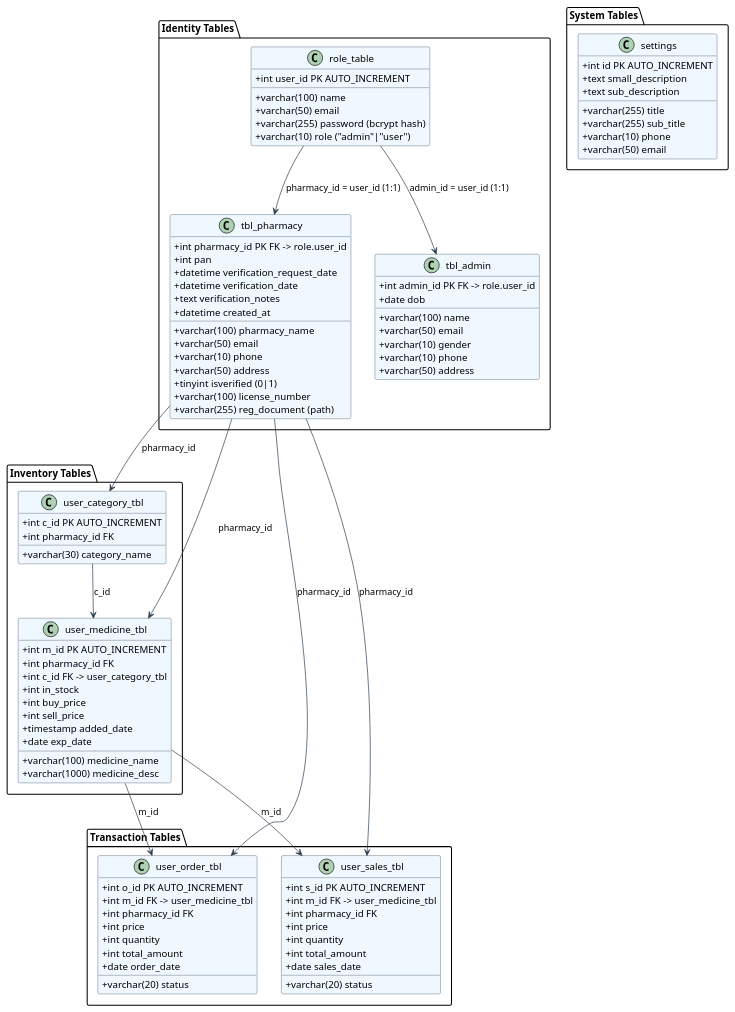
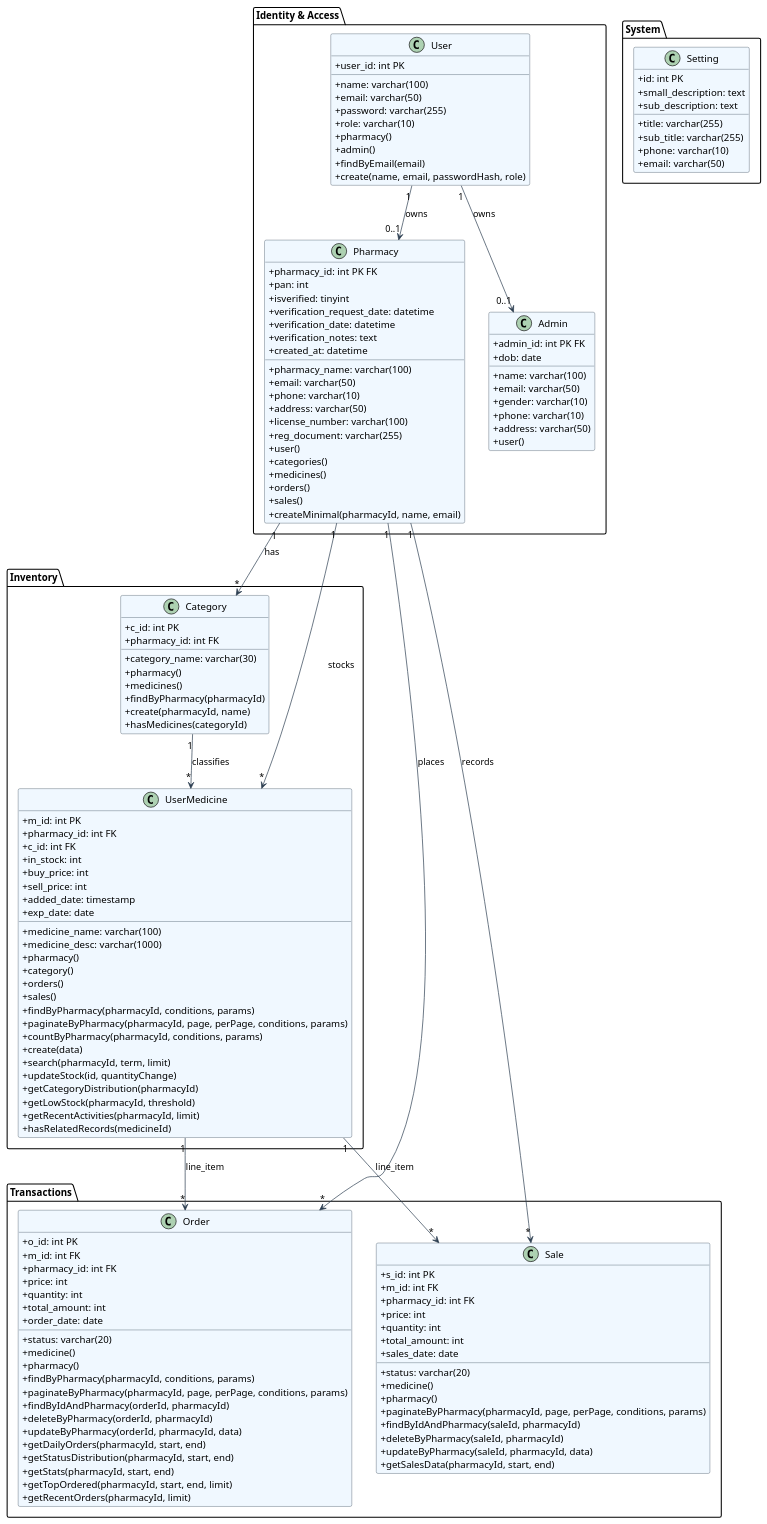
One commit to RibeshMaharjan/MedVault changed the sixth of 9 diagrams in docs/diagrams.md. Above: the diagram before and after it, drawn with PlantUML. The commit also changed other lines of this file, not shown here.

Commit message:
refactor(state-diagram): remove verification block, shorten labels, trim duplicate features

````diff
--- a/docs/diagrams.md
+++ b/docs/diagrams.md
@@ -615,107 +490,157 @@
 skinparam classAttributeIconSize 0
 top to bottom direction
 
-package "Identity Tables" {
-    class role_table {
-        +int user_id PK AUTO_INCREMENT
-        +varchar(100) name
-        +varchar(50) email
-        +varchar(255) password (bcrypt hash)
-        +varchar(10) role ("admin"|"user")
+package "Identity & Access" {
+    class User {
+        +user_id: int PK
+        +name: varchar(100)
+        +email: varchar(50)
+        +password: varchar(255)
+        +role: varchar(10)
+        +pharmacy()
+        +admin()
+        +findByEmail(email)
+        +create(name, email, passwordHash, role)
     }
 
-    class tbl_pharmacy {
-        +int pharmacy_id PK FK -> role.user_id
-        +int pan
-        +varchar(100) pharmacy_name
-        +varchar(50) email
-        +varchar(10) phone
-        +varchar(50) address
-        +tinyint isverified (0|1)
-        +datetime verification_request_date
-        +datetime verification_date
-        +varchar(100) license_number
-        +varchar(255) reg_document (path)
-        +text verification_notes
-        +datetime created_at
+    class Pharmacy {
+        +pharmacy_id: int PK FK
+        +pan: int
+        +pharmacy_name: varchar(100)
+        +email: varchar(50)
+        +phone: varchar(10)
+        +address: varchar(50)
+        +isverified: tinyint
+        +verification_request_date: datetime
+        +verification_date: datetime
+        +license_number: varchar(100)
+        +reg_document: varchar(255)
+        +verification_notes: text
+        +created_at: datetime
+        +user()
+        +categories()
+        +medicines()
+        +orders()
+        +sales()
+        +createMinimal(pharmacyId, name, email)
     }
 
-    class tbl_admin {
-        +int admin_id PK FK -> role.user_id
-        +varchar(100) name
-        +varchar(50) email
-        +varchar(10) gender
-        +varchar(10) phone
-        +date dob
-        +varchar(50) address
+    class Admin {
+        +admin_id: int PK FK
+        +name: varchar(100)
+        +email: varchar(50)
+        +gender: varchar(10)
+        +phone: varchar(10)
+        +dob: date
+        +address: varchar(50)
+        +user()
     }
 }
 
-package "Inventory Tables" {
-    class user_medicine_tbl {
-        +int m_id PK AUTO_INCREMENT
-        +int pharmacy_id FK
-        +varchar(100) medicine_name
-        +varchar(1000) medicine_desc
-        +int c_id FK -> user_category_tbl
-        +int in_stock
-        +int buy_price
-        +int sell_price
-        +timestamp added_date
-        +date exp_date
+package "Inventory" {
+    class Category {
+        +c_id: int PK
+        +pharmacy_id: int FK
+        +category_name: varchar(30)
+        +pharmacy()
+        +medicines()
+        +findByPharmacy(pharmacyId)
+        +create(pharmacyId, name)
+        +hasMedicines(categoryId)
     }
 
-    class user_category_tbl {
-        +int c_id PK AUTO_INCREMENT
-        +int pharmacy_id FK
-        +varchar(30) category_name
+    class UserMedicine {
+        +m_id: int PK
+        +pharmacy_id: int FK
+        +medicine_name: varchar(100)
+        +medicine_desc: varchar(1000)
+        +c_id: int FK
+        +in_stock: int
+        +buy_price: int
+        +sell_price: int
+        +added_date: timestamp
+        +exp_date: date
+        +pharmacy()
+        +category()
+        +orders()
+        +sales()
+        +findByPharmacy(pharmacyId, conditions, params)
+        +paginateByPharmacy(pharmacyId, page, perPage, conditions, params)
+        +countByPharmacy(pharmacyId, conditions, params)
+        +create(data)
+        +search(pharmacyId, term, limit)
+        +updateStock(id, quantityChange)
+        +getCategoryDistribution(pharmacyId)
+        +getLowStock(pharmacyId, threshold)
+        +getRecentActivities(pharmacyId, limit)
+        +hasRelatedRecords(medicineId)
     }
 }
 
-package "Transaction Tables" {
-    class user_order_tbl {
-        +int o_id PK AUTO_INCREMENT
-        +int m_id FK -> user_medicine_tbl
-        +int pharmacy_id FK
-        +int price
-        +int quantity
-        +int total_amount
-        +varchar(20) status
-        +date order_date
+package "Transactions" {
+    class Order {
+        +o_id: int PK
+        +m_id: int FK
+        +pharmacy_id: int FK
+        +price: int
+        +quantity: int
+        +total_amount: int
+        +status: varchar(20)
+        +order_date: date
+        +medicine()
+        +pharmacy()
+        +findByPharmacy(pharmacyId, conditions, params)
+        +paginateByPharmacy(pharmacyId, page, perPage, conditions, params)
+        +findByIdAndPharmacy(orderId, pharmacyId)
+        +deleteByPharmacy(orderId, pharmacyId)
+        +updateByPharmacy(orderId, pharmacyId, data)
+        +getDailyOrders(pharmacyId, start, end)
+        +getStatusDistribution(pharmacyId, start, end)
+        +getStats(pharmacyId, start, end)
+        +getTopOrdered(pharmacyId, start, end, limit)
+        +getRecentOrders(pharmacyId, limit)
     }
 
-    class user_sales_tbl {
-        +int s_id PK AUTO_INCREMENT
-        +int m_id FK -> user_medicine_tbl
-        +int pharmacy_id FK
-        +int price
-        +int quantity
-        +int total_amount
-        +varchar(20) status
-        +date sales_date
+    class Sale {
+        +s_id: int PK
+        +m_id: int FK
+        +pharmacy_id: int FK
+        +price: int
+        +quantity: int
+        +total_amount: int
+        +status: varchar(20)
+        +sales_date: date
+        +medicine()
+        +pharmacy()
+        +paginateByPharmacy(pharmacyId, page, perPage, conditions, params)
+        +findByIdAndPharmacy(saleId, pharmacyId)
+        +deleteByPharmacy(saleId, pharmacyId)
+        +updateByPharmacy(saleId, pharmacyId, data)
+        +getSalesData(pharmacyId, start, end)
     }
 }
 
-package "System Tables" {
-    class settings {
-        +int id PK AUTO_INCREMENT
-        +varchar(255) title
-        +text small_description
-        +varchar(255) sub_title
-        +text sub_description
-        +varchar(10) phone
-        +varchar(50) email
+package "System" {
+    class Setting {
+        +id: int PK
+        +title: varchar(255)
+        +small_description: text
+        +sub_title: varchar(255)
+        +sub_description: text
+        +phone: varchar(10)
+        +email: varchar(50)
     }
 }
 
-role_table --> tbl_pharmacy : pharmacy_id = user_id (1:1)
-role_table --> tbl_admin : admin_id = user_id (1:1)
-tbl_pharmacy --> user_medicine_tbl : pharmacy_id
-tbl_pharmacy --> user_category_tbl : pharmacy_id
-tbl_pharmacy --> user_order_tbl : pharmacy_id
-tbl_pharmacy --> user_sales_tbl : pharmacy_id
-user_category_tbl --> user_medicine_tbl : c_id
-user_medicine_tbl --> user_order_tbl : m_id
-user_medicine_tbl --> user_sales_tbl : m_id
+' Entity Relationships
+User "1" --> "0..1" Pharmacy : owns
+User "1" --> "0..1" Admin : owns
+Pharmacy "1" --> "*" Category : has
+Pharmacy "1" --> "*" UserMedicine : stocks
+Pharmacy "1" --> "*" Order : places
+Pharmacy "1" --> "*" Sale : records
+Category "1" --> "*" UserMedicine : classifies
+UserMedicine "1" --> "*" Order : line_item
+UserMedicine "1" --> "*" Sale : line_item
 @enduml
 ```
````
